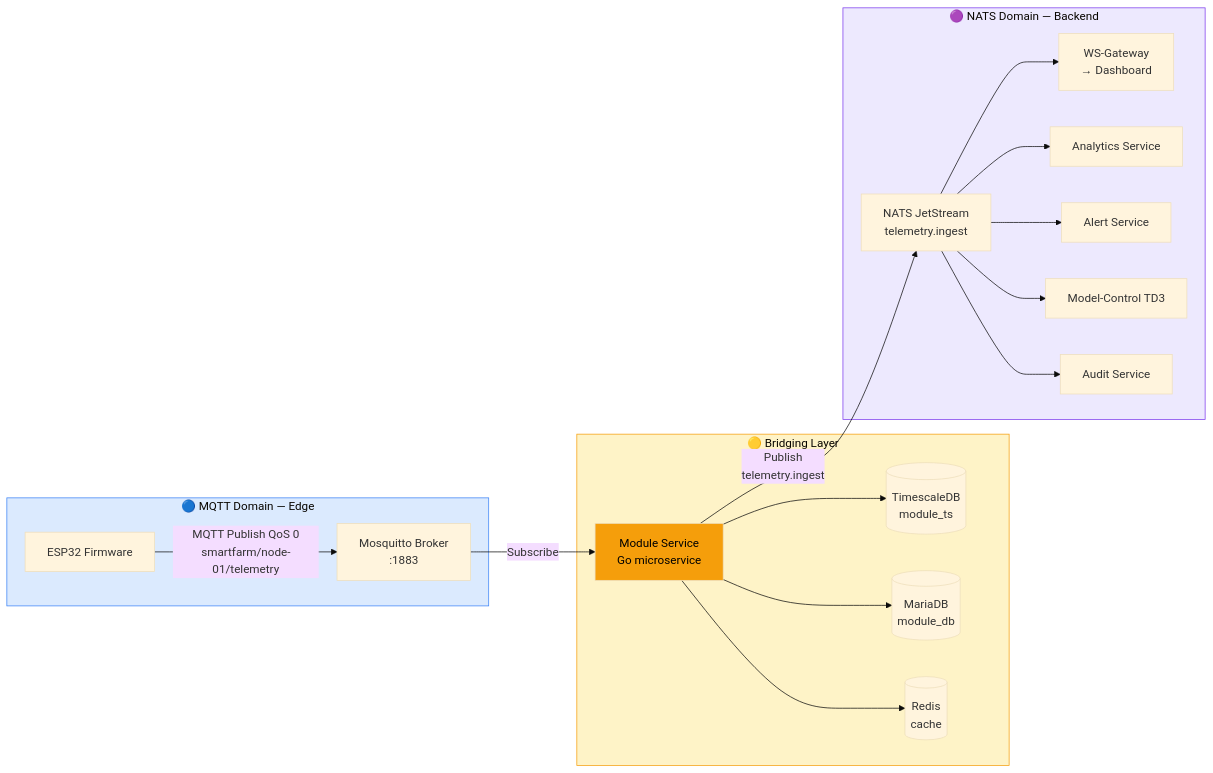
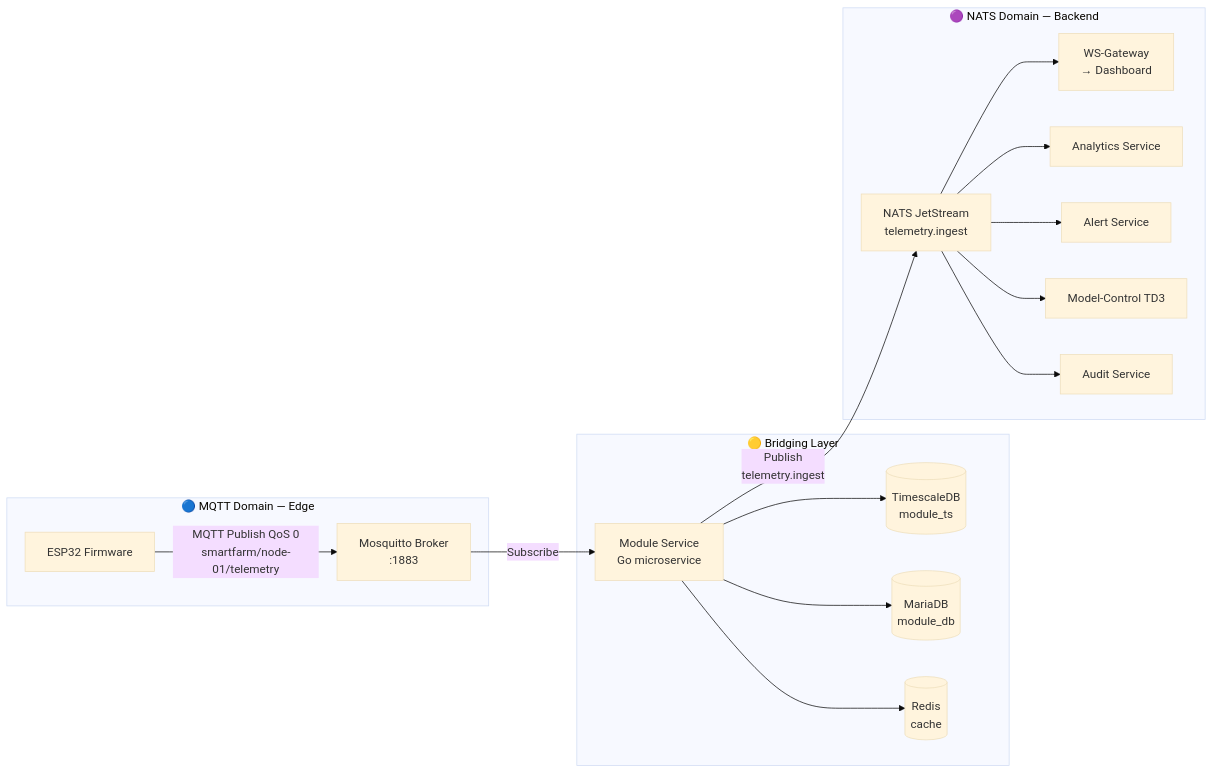
The third of 4 diagrams in docs/mqtt_standar_komunikasi.md (Rezen351/enyx-enterprise), drawn with Mermaid (base theme) before and after one commit. The commit also changed other lines of this file and 26 other files, not shown here.

````diff
--- a/docs/mqtt_standar_komunikasi.md
+++ b/docs/mqtt_standar_komunikasi.md
@@ -509,34 +209,26 @@
 ```mermaid
 flowchart LR
     subgraph MQTT_DOM["🔵 MQTT Domain — Edge"]
         ESP["ESP32 Firmware"]
         MQ["Mosquitto Broker\n:1883"]
     end
-
     subgraph BRIDGE["🟡 Bridging Layer"]
         MOD["Module Service\nGo microservice"]
         TS[("TimescaleDB\nmodule_ts")]
         MDB[("MariaDB\nmodule_db")]
         RDS[("Redis\ncache")]
     end
-
     subgraph NATS_DOM["🟣 NATS Domain — Backend"]
         NATS["NATS JetStream\ntelemetry.ingest"]
         WS["WS-Gateway\n→ Dashboard"]
         AN["Analytics Service"]
         AL["Alert Service"]
         TD3["Model-Control TD3"]
         AUD["Audit Service"]
     end
-
     ESP -->|"MQTT Publish QoS 0\nsmartfarm/node-01/telemetry"| MQ
     MQ -->|"Subscribe"| MOD
     MOD --> TS & MDB & RDS
     MOD -->|"Publish\ntelemetry.ingest"| NATS
     NATS --> WS & AN & AL & TD3 & AUD
-
-    style MQTT_DOM fill:#dbeafe,stroke:#3b82f6
-    style BRIDGE fill:#fef3c7,stroke:#f59e0b
-    style NATS_DOM fill:#ede9fe,stroke:#7c3aed
-    style MOD fill:#f59e0b,color:#000
 ```
````
